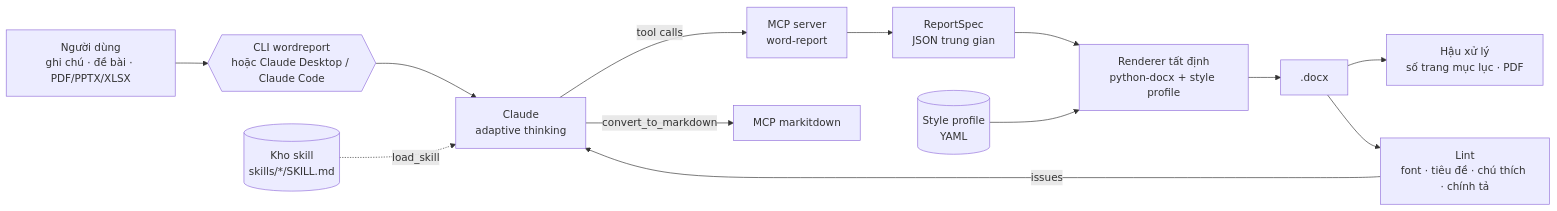
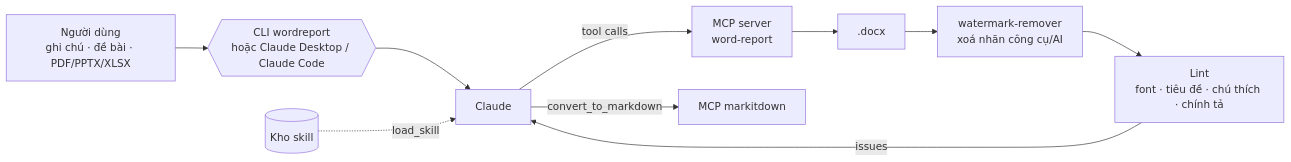
One commit to phuocs0n/ProjectWordByLLM changed the diagram in README.md. Above: the diagram before and after it, drawn with Mermaid. The commit also changed other lines of this file and 15 other files, not shown here.

First line of the commit message:
Add watermark-remover, export .docx only by default, trim README

````diff
--- a/README.md
+++ b/README.md
@@ -12,15 +15,12 @@
 ```mermaid
 flowchart LR
     U[Người dùng<br/>ghi chú · đề bài · PDF/PPTX/XLSX] --> C{{CLI wordreport<br/>hoặc Claude Desktop / Claude Code}}
-    C --> L[Claude<br/>adaptive thinking]
-    S[(Kho skill<br/>skills/*/SKILL.md)] -. load_skill .-> L
+    C --> L[Claude]
+    S[(Kho skill)] -. load_skill .-> L
     L -- tool calls --> M[MCP server<br/>word-report]
     L -- convert_to_markdown --> K[MCP markitdown]
-    M --> R[ReportSpec<br/>JSON trung gian]
-    R --> D[Renderer tất định<br/>python-docx + style profile]
-    P[(Style profile<br/>YAML)] --> D
-    D --> F[.docx]
-    F --> T[Hậu xử lý<br/>số trang mục lục · PDF]
-    F --> Q[Lint<br/>font · tiêu đề · chú thích · chính tả]
+    M --> F[.docx]
+    F --> W[watermark-remover<br/>xoá nhãn công cụ/AI]
+    W --> Q[Lint<br/>font · tiêu đề · chú thích · chính tả]
     Q -- issues --> L
 ```
````
